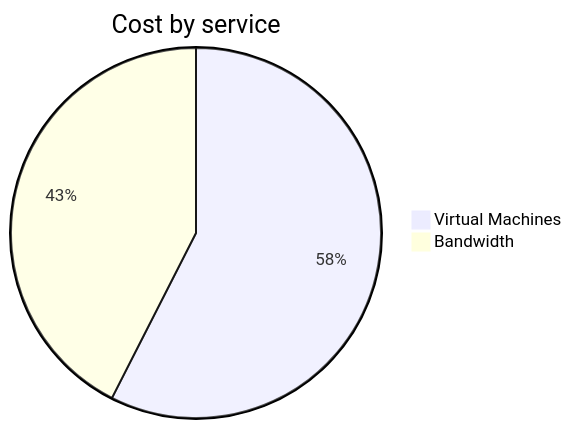
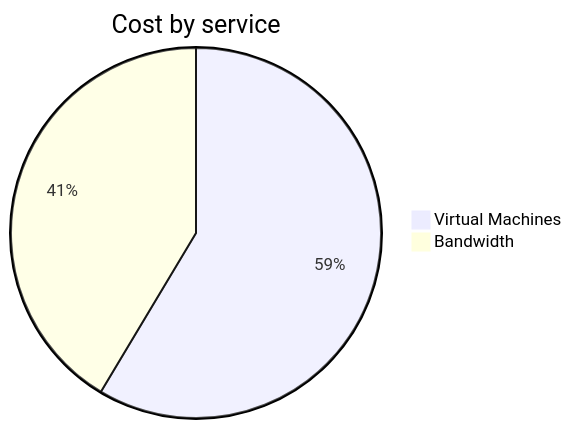
One commit to jpfulton/azure-personal-reports changed the second of 4 diagrams in cost-reports/personal-network/vpn-server.md. Above: the diagram before and after it, drawn with Mermaid. The commit also changed other lines of this file and 8 other files, not shown here.

````diff
--- a/cost-reports/personal-network/vpn-server.md
+++ b/cost-reports/personal-network/vpn-server.md
@@ -96,6 +96,6 @@
 ```mermaid
 pie
    title Cost by service
-   "Virtual Machines" : 4.37
+   "Virtual Machines" : 4.57
    "Bandwidth" : 3.23
 ```
````
